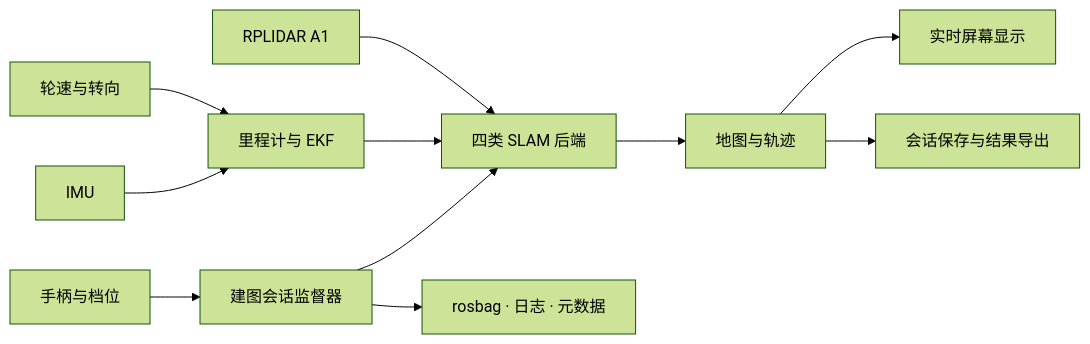
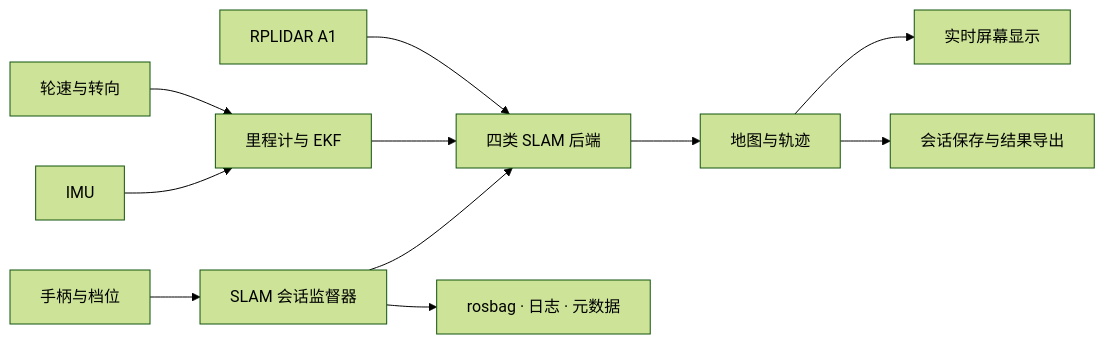
One commit to HuangChenhao/ROS_LiDAR_SLAM changed the diagram in README.md. Above: the diagram before and after it, drawn with Mermaid (forest theme). The commit also changed other lines of this file and 84 other files, not shown here.

````diff
--- a/README.md
+++ b/README.md
@@ -52,13 +76,13 @@
 ```mermaid
 flowchart LR
-    Joy[手柄与档位] --> Supervisor[建图会话监督器]
+    Joy[手柄与档位] --> Supervisor[SLAM 会话监督器]
     Wheels[轮速与转向] --> EKF[里程计与 EKF]
     IMU[IMU] --> EKF
     Lidar[RPLIDAR A1] --> SLAM[四类 SLAM 后端]
     EKF --> SLAM
     Supervisor --> SLAM
     SLAM --> Map[地图与轨迹]
     Map --> Display[实时屏幕显示]
     Supervisor --> Record[rosbag · 日志 · 元数据]
-    Map --> Save[会话保存与结果导出]
+    Map --> Export[会话保存与结果导出]
 ```
````
